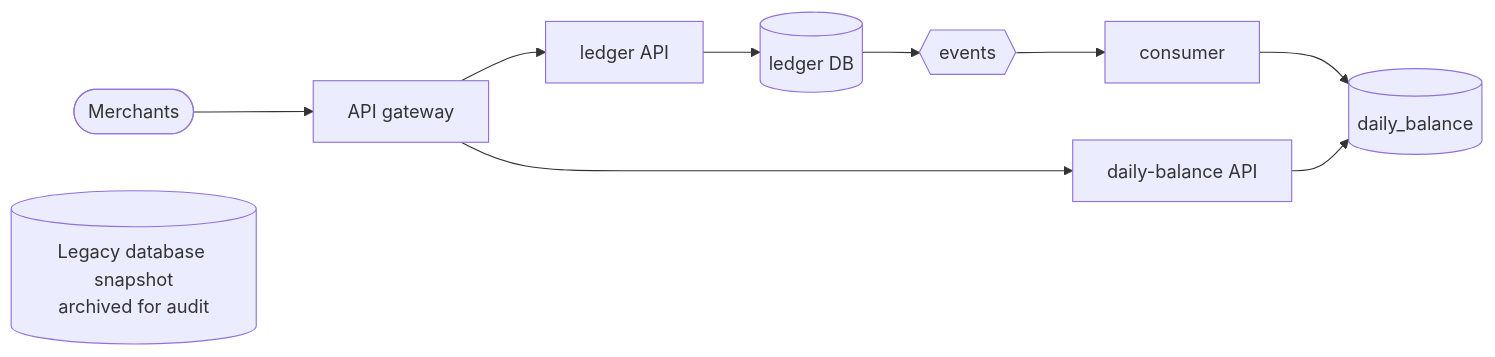
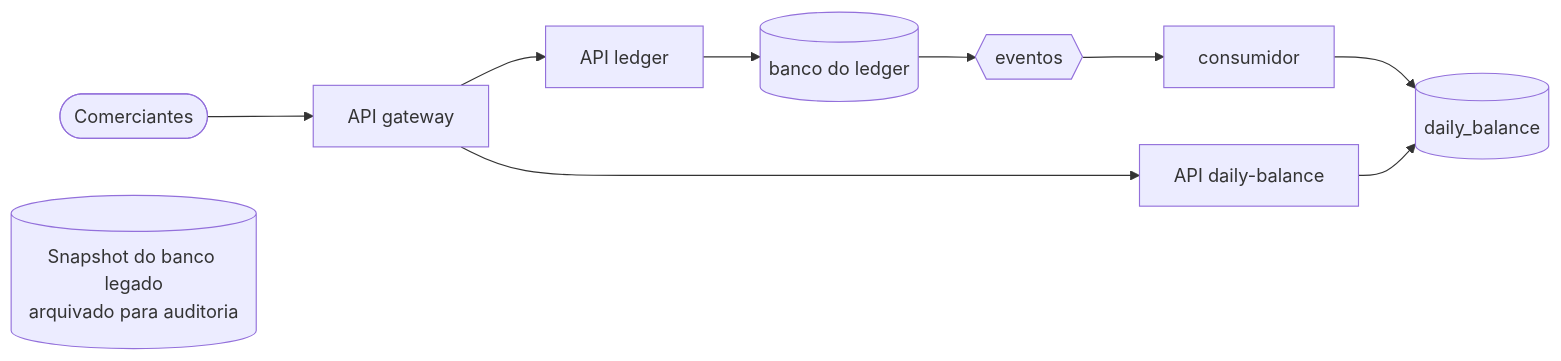
The sixth of 6 diagrams in docs/04-transition-architecture.md (joaorizzont/cash-flow-test), drawn with Mermaid before and after one commit. The commit also changed other lines of this file and 23 other files, not shown here.

First line of the commit message:
docs: translate architecture documentation to portuguese

````diff
--- a/docs/04-transition-architecture.md
+++ b/docs/04-transition-architecture.md
@@ -117,10 +117,10 @@
 ```mermaid
 flowchart LR
-  M(["Merchants"]) --> GW["API gateway"]
-  GW --> L["ledger API"]
-  GW --> API["daily-balance API"]
-  L --> LDBN[("ledger DB")]
-  LDBN --> X{{"events"}} --> C["consumer"] --> DDB[("daily_balance")]
+  M(["Comerciantes"]) --> GW["API gateway"]
+  GW --> L["API ledger"]
+  GW --> API["API daily-balance"]
+  L --> LDBN[("banco do ledger")]
+  LDBN --> X{{"eventos"}} --> C["consumidor"] --> DDB[("daily_balance")]
   API --> DDB
-  ARCH[("Legacy database snapshot<br/>archived for audit")]
+  ARCH[("Snapshot do banco legado<br/>arquivado para auditoria")]
 ```
````
